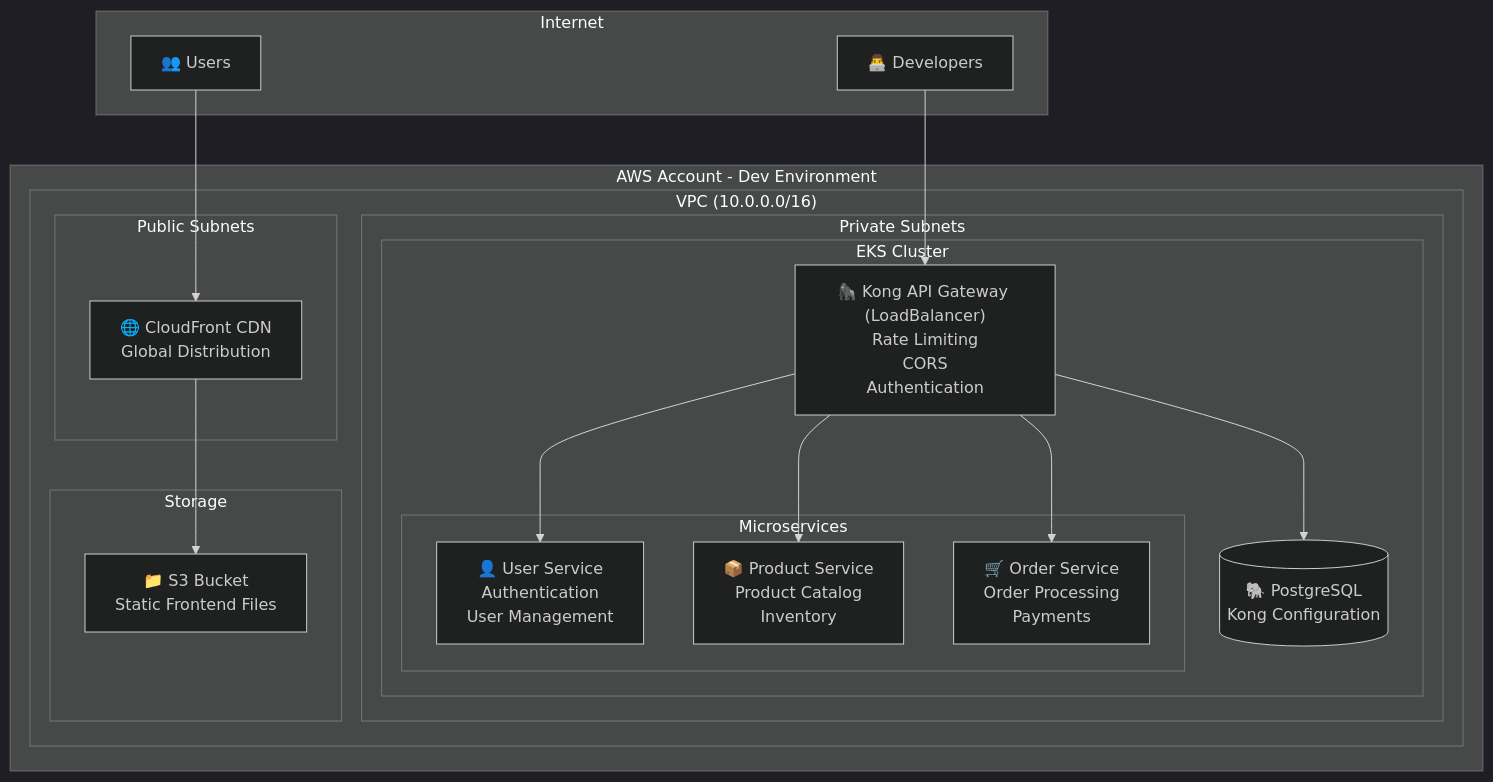
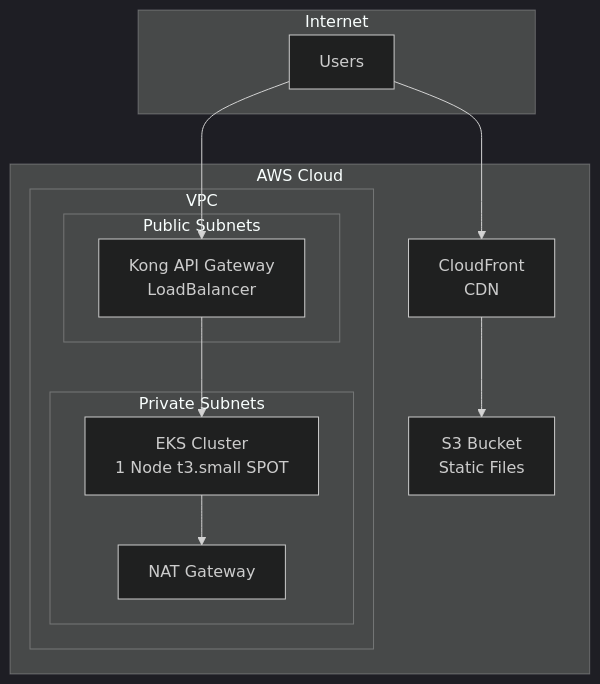
The diagram in README.md (vishwaraja/farmers-market-infra), drawn with Mermaid (dark theme) before and after one commit. The commit also changed other lines of this file, not shown here.

````diff
--- a/README.md
+++ b/README.md
@@ -36,39 +25,28 @@
 ```mermaid
 graph TB
-    subgraph Internet["Internet"]
-        Users["👥 Users"]
-        Developers["👨‍💻 Developers"]
+    subgraph "Internet"
+        U[Users]
     end
     
-    subgraph AWS["AWS Account - Dev Environment"]
-        subgraph VPC["VPC (10.0.0.0/16)"]
-            subgraph Public["Public Subnets"]
-                CloudFront["🌐 CloudFront CDN<br/>Global Distribution"]
+    subgraph "AWS Cloud"
+        subgraph "VPC"
+            subgraph "Public Subnets"
+                ALB[Kong API Gateway<br/>LoadBalancer]
             end
             
-            subgraph Private["Private Subnets"]
-                subgraph EKS["EKS Cluster"]
-                    Kong["🦍 Kong API Gateway (LoadBalancer)<br/>Rate Limiting<br/>CORS<br/>Authentication"]
-                    subgraph Microservices["Microservices"]
-                        UserSvc["👤 User Service<br/>Authentication<br/>User Management"]
-                        ProductSvc["📦 Product Service<br/>Product Catalog<br/>Inventory"]
-                        OrderSvc["🛒 Order Service<br/>Order Processing<br/>Payments"]
-                    end
-                    PostgreSQL[("🐘 PostgreSQL<br/>Kong Configuration")]
-                end
-            end
-            
-            subgraph Storage["Storage"]
-                S3["📁 S3 Bucket<br/>Static Frontend Files"]
+            subgraph "Private Subnets"
+                EKS[EKS Cluster<br/>1 Node t3.small SPOT]
+                NAT[NAT Gateway]
             end
         end
+        
+        S3[S3 Bucket<br/>Static Files]
+        CF[CloudFront<br/>CDN]
     end
     
-    Users --> CloudFront
-    Developers --> Kong
-    CloudFront --> S3
-    Kong --> UserSvc
-    Kong --> ProductSvc
-    Kong --> OrderSvc
-    Kong --> PostgreSQL
+    U --> CF
+    U --> ALB
+    CF --> S3
+    ALB --> EKS
+    EKS --> NAT
 ```
````
